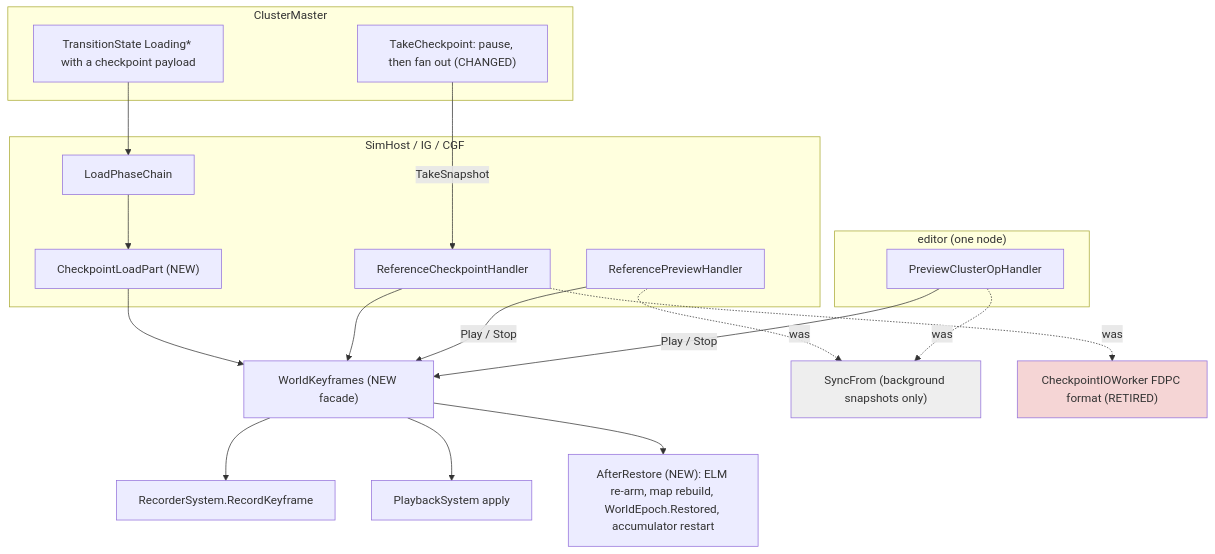
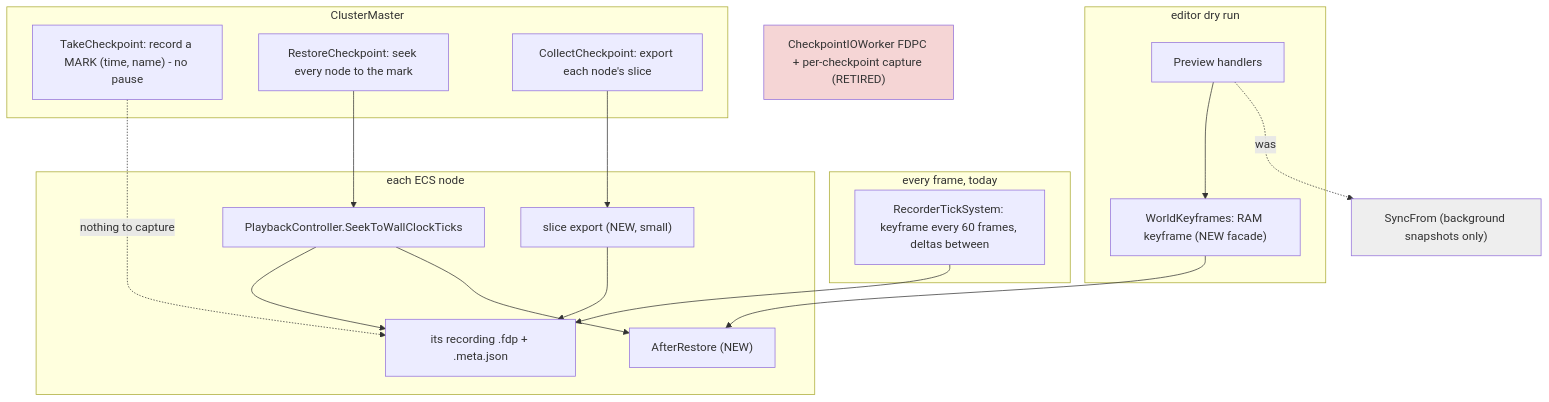
The first of 3 diagrams in docs/DESIGN_Checkpoint_And_Dry_Run_Restore.md (pjanec/HROT), drawn with Mermaid before and after one commit. The commit also changed other lines of this file and 3 other files, not shown here.

First line of the commit message:
R-3042/R-3043: a checkpoint is a mark in the running recording; a restore is a seek that keeps what is loaded

````diff
--- a/docs/DESIGN_Checkpoint_And_Dry_Run_Restore.md
+++ b/docs/DESIGN_Checkpoint_And_Dry_Run_Restore.md
@@ -43,34 +48,32 @@
 ```mermaid
 graph TD
-  subgraph Editor["editor (one node)"]
-    PCH["PreviewClusterOpHandler"]
-  end
-  subgraph Nodes["SimHost / IG / CGF"]
-    RPH["ReferencePreviewHandler"]
-    RCH["ReferenceCheckpointHandler"]
-    LPC["LoadPhaseChain"]
-    CLP["CheckpointLoadPart (NEW)"]
+  subgraph Every_frame["every frame, today"]
+    RTS["RecorderTickSystem: keyframe every 60 frames, deltas between"]
   end
   subgraph Master["ClusterMaster"]
-    TC["TakeCheckpoint: pause, then fan out (CHANGED)"]
-    RS["TransitionState Loading* with a checkpoint payload"]
+    MK["TakeCheckpoint: record a MARK (time, name) - no pause"]
+    SK["RestoreCheckpoint: seek every node to the mark"]
+    CC["CollectCheckpoint: export each node's slice"]
   end
-  WK["WorldKeyframes (NEW facade)"]
-  REC["RecorderSystem.RecordKeyframe"]
-  PB["PlaybackSystem apply"]
-  AR["AfterRestore (NEW): ELM re-arm, map rebuild, WorldEpoch.Restored, accumulator restart"]
+  subgraph Nodes["each ECS node"]
+    REC["its recording .fdp + .meta.json"]
+    PC["PlaybackController.SeekToWallClockTicks"]
+    AR["AfterRestore (NEW)"]
+    EX["slice export (NEW, small)"]
+  end
+  subgraph Editor["editor dry run"]
+    PCH["Preview handlers"]
+    WK["WorldKeyframes: RAM keyframe (NEW facade)"]
+  end
+  FDPC["CheckpointIOWorker FDPC + per-checkpoint capture (RETIRED)"]
   SF["SyncFrom (background snapshots only)"]
-  FDPC["CheckpointIOWorker FDPC format (RETIRED)"]
-  PCH -->|Play / Stop| WK
-  RPH -->|Play / Stop| WK
-  TC -->|TakeSnapshot| RCH --> WK
-  RS --> LPC --> CLP --> WK
-  WK --> REC
-  WK --> PB
-  WK --> AR
+  RTS --> REC
+  MK -.->|nothing to capture| REC
+  SK --> PC --> REC
+  PC --> AR
+  CC --> EX --> REC
+  PCH --> WK --> AR
   PCH -.->|was| SF
-  RPH -.->|was| SF
-  RCH -.->|was| FDPC
   style FDPC fill:#f5d5d5
   style SF fill:#eeeeee
 ```
````
